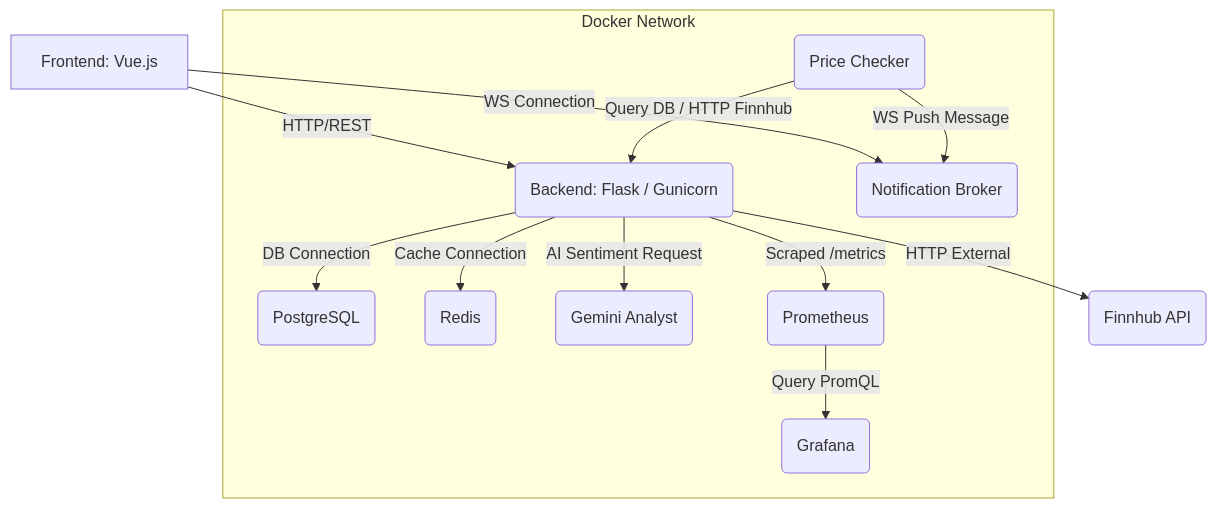
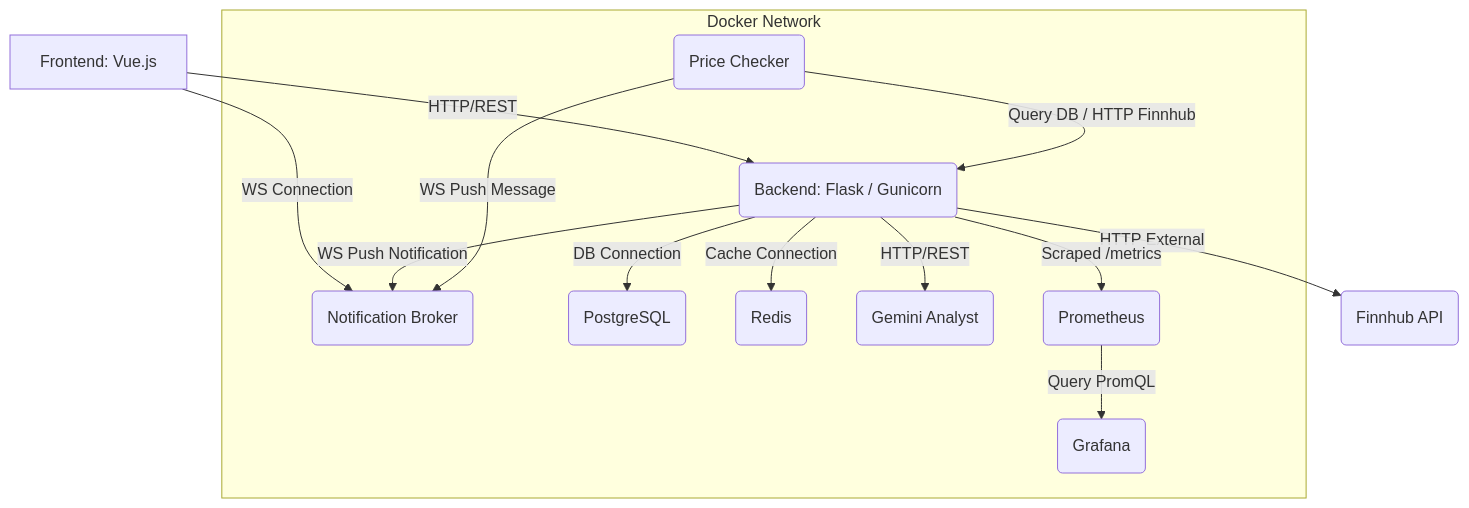
The diagram in README.md (tomrajda/invest_porfolio_app), drawn with Mermaid before and after one commit.

Commit message:
update readme3

````diff
--- a/README.md
+++ b/README.md
@@ -19,29 +19,30 @@
 ```mermaid
 graph TD
     A[Frontend: Vue.js] -->|HTTP/REST| B(Backend: Flask / Gunicorn)
     A -->|WS Connection| H(Notification Broker)
     
     B -->|DB Connection| C(PostgreSQL)
     B -->|Cache Connection| D(Redis)
     B -->|HTTP External| E(Finnhub API)
     
-    B -->|AI Sentiment Request| J(Gemini Analyst)
+    B -->|HTTP/REST| J(Gemini Analyst)
+    B -->|WS Push Notification| H
     
     B -- "Scraped /metrics" --> F(Prometheus)
     F -->|Query PromQL| G(Grafana)
     
     I(Price Checker) -->|Query DB / HTTP Finnhub| B
     I -->|WS Push Message| H
     
     subgraph Docker Network
         B
         C
         D
         F
         G
         H
         I
         J
     end
 
 ```
````
